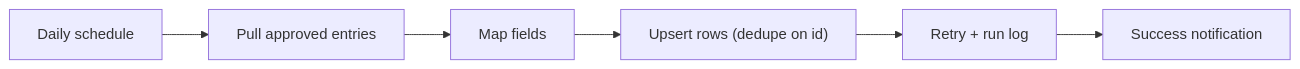
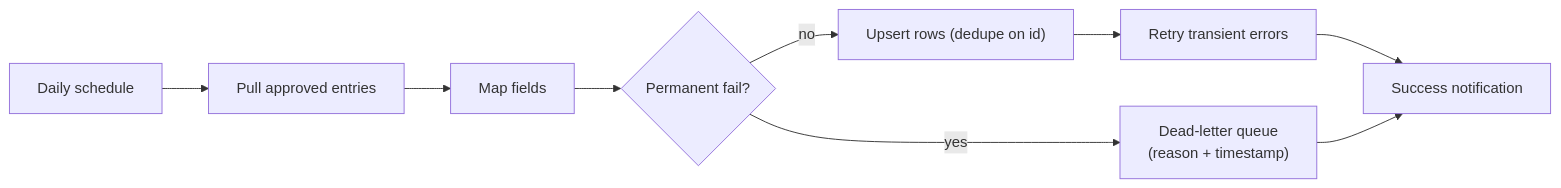
The diagram in README.md (derekgallardo01/power-automate-flow-pack), drawn with Mermaid before and after one commit. The commit also changed other lines of this file and 10 other files, not shown here.

First line of the commit message:
Add DLQ, dry-run, eval harness, CLI, and architecture/customization/evaluation docs

````diff
--- a/README.md
+++ b/README.md
@@ -18,8 +32,11 @@
 ```mermaid
 flowchart LR
     T["Daily schedule"] --> P["Pull approved entries"]
     P --> M["Map fields"]
-    M --> U["Upsert rows (dedupe on id)"]
-    U --> R["Retry + run log"]
+    M --> S{"Permanent fail?"}
+    S -- "no" --> U["Upsert rows (dedupe on id)"]
+    U --> R["Retry transient errors"]
+    S -- "yes" --> Q["Dead-letter queue<br/>(reason + timestamp)"]
     R --> N["Success notification"]
+    Q --> N
 ```
````
